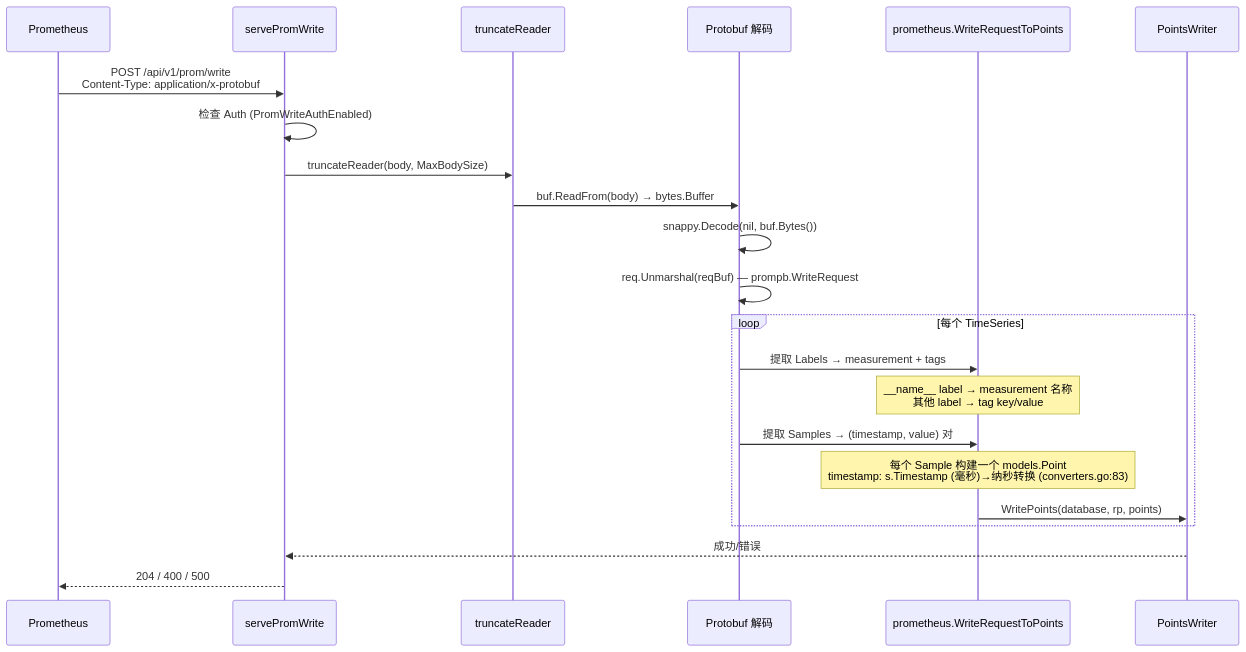
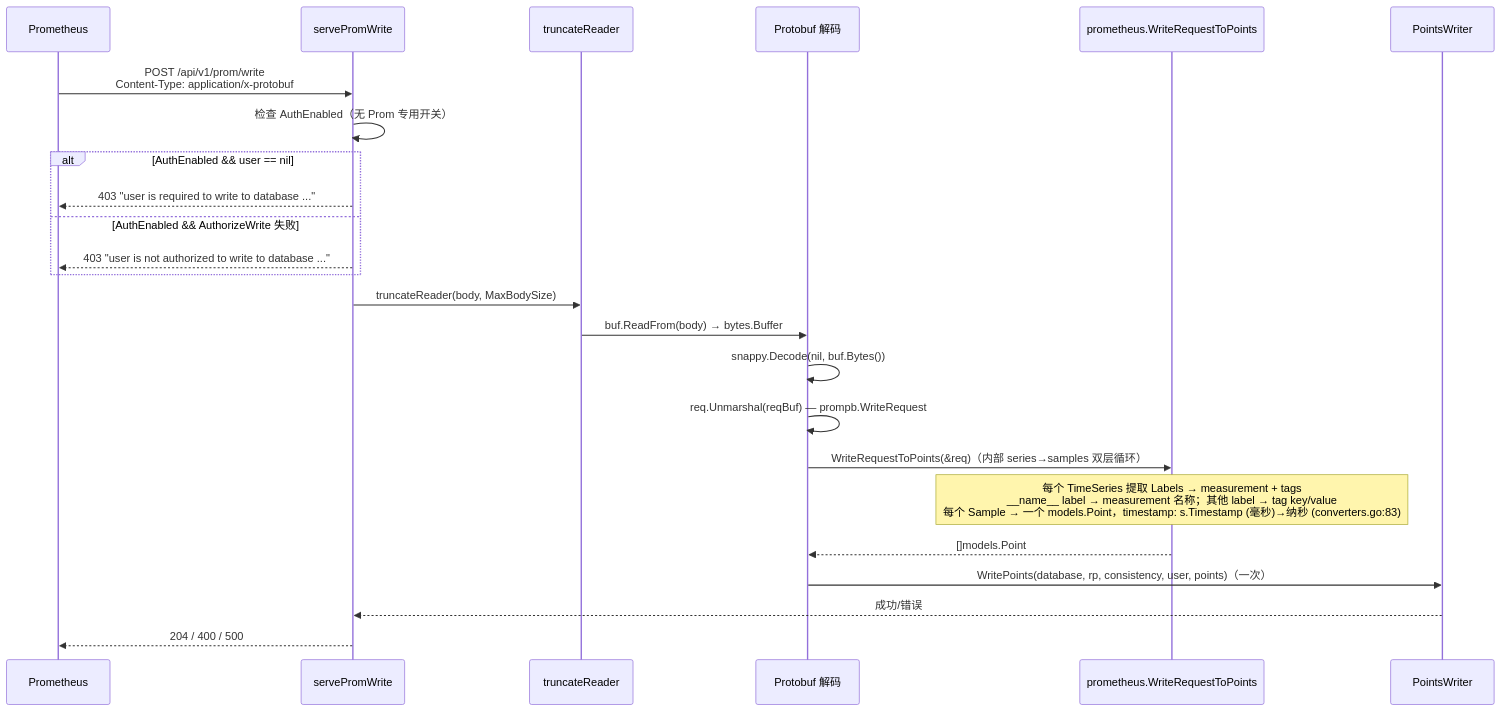
Before and after one commit to stefanv5/influxdb: diagram 11 of 16 in docs/specs/10_http_service_spec.md, drawn with Mermaid. The commit also changed other lines of this file and 16 other files, not shown here.

First line of the commit message:
docs: correct and deepen the 17 architecture specs

````diff
--- a/docs/specs/10_http_service_spec.md
+++ b/docs/specs/10_http_service_spec.md
@@ -1462,27 +1882,29 @@
 ```mermaid
 sequenceDiagram
     participant Prom as Prometheus
     participant HTTP as servePromWrite
     participant TR as truncateReader
     participant PB as Protobuf 解码
     participant Conv as prometheus.WriteRequestToPoints
     participant PW as PointsWriter
 
     Prom->>HTTP: POST /api/v1/prom/write<br/>Content-Type: application/x-protobuf
-    HTTP->>HTTP: 检查 Auth (PromWriteAuthEnabled)
+    HTTP->>HTTP: 检查 AuthEnabled（无 Prom 专用开关）
+    alt AuthEnabled && user == nil
+        HTTP-->>Prom: 403 "user is required to write to database ..."
+    else AuthEnabled && AuthorizeWrite 失败
+        HTTP-->>Prom: 403 "user is not authorized to write to database ..."
+    end
     HTTP->>TR: truncateReader(body, MaxBodySize)
     TR->>PB: buf.ReadFrom(body) → bytes.Buffer
     PB->>PB: snappy.Decode(nil, buf.Bytes())
     PB->>PB: req.Unmarshal(reqBuf) — prompb.WriteRequest
 
-    loop 每个 TimeSeries
-        PB->>Conv: 提取 Labels → measurement + tags
-        Note over Conv: __name__ label → measurement 名称<br/>其他 label → tag key/value
-        PB->>Conv: 提取 Samples → (timestamp, value) 对
-        Note over Conv: 每个 Sample 构建一个 models.Point<br/>timestamp: s.Timestamp (毫秒)→纳秒转换 (converters.go:83)
-        Conv->>PW: WritePoints(database, rp, points)
-    end
+    PB->>Conv: WriteRequestToPoints(&req)（内部 series→samples 双层循环）
+    Note over Conv: 每个 TimeSeries 提取 Labels → measurement + tags<br/>__name__ label → measurement 名称；其他 label → tag key/value<br/>每个 Sample → 一个 models.Point，timestamp: s.Timestamp (毫秒)→纳秒 (converters.go:83)
+    Conv-->>PB: []models.Point
+    PB->>PW: WritePoints(database, rp, consistency, user, points)（一次）
 
     PW-->>HTTP: 成功/错误
     HTTP-->>Prom: 204 / 400 / 500
 ```
````
